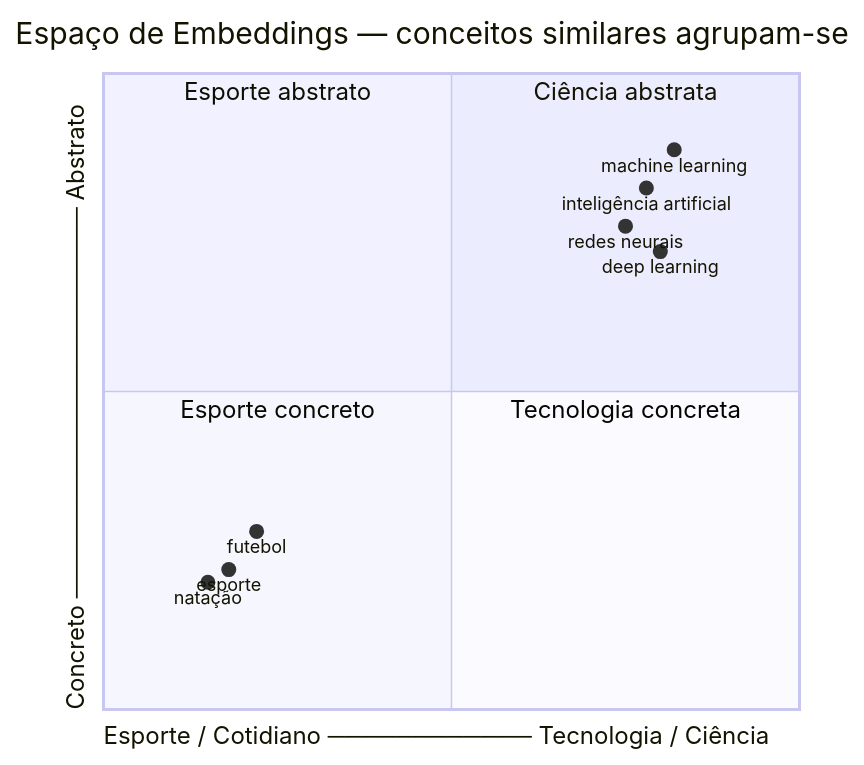
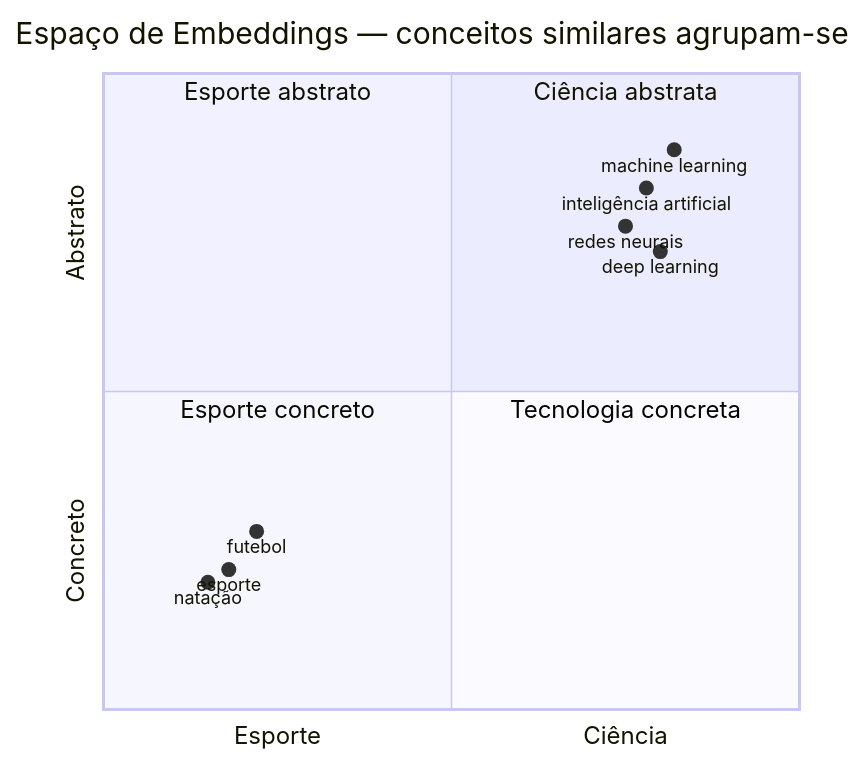
Before and after one commit to z4l1nux/naive-rag: the third of 5 diagrams in README.md, drawn with Mermaid. The commit also changed other lines of this file, not shown here.

````diff
--- a/README.md
+++ b/README.md
@@ -83,17 +83,17 @@
 ```mermaid
 quadrantChart
     title Espaço de Embeddings — conceitos similares agrupam-se
-    x-axis Esporte / Cotidiano ──────────── Tecnologia / Ciência
-    y-axis Concreto ─────────────────────── Abstrato
+    x-axis Esporte --> Ciência
+    y-axis Concreto --> Abstrato
     quadrant-1 Ciência abstrata
     quadrant-2 Esporte abstrato
     quadrant-3 Esporte concreto
     quadrant-4 Tecnologia concreta
     machine learning: [0.82, 0.88]
     inteligência artificial: [0.78, 0.82]
     redes neurais: [0.75, 0.76]
     deep learning: [0.80, 0.72]
     futebol: [0.22, 0.28]
     esporte: [0.18, 0.22]
     natação: [0.15, 0.20]
 ```
````
